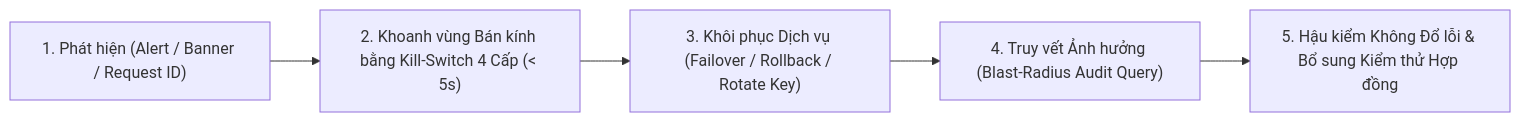
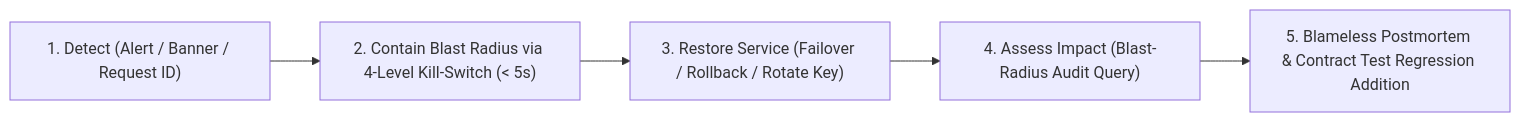
One commit to nguywnben/tanpopo changed the diagram in docs/operations/monitoring-incidents.md. Above: the diagram before and after it, drawn with Mermaid. The commit also changed other lines of this file and 111 other files, not shown here.

````diff
--- a/docs/operations/monitoring-incidents.md
+++ b/docs/operations/monitoring-incidents.md
@@ -42,7 +42,7 @@
 ```mermaid
 flowchart LR
-    D1["1. Phát hiện (Alert / Banner / Request ID)"] --> D2["2. Khoanh vùng Bán kính bằng Kill-Switch 4 Cấp (< 5s)"]
-    D2 --> D3["3. Khôi phục Dịch vụ (Failover / Rollback / Rotate Key)"]
-    D3 --> D4["4. Truy vết Ảnh hưởng (Blast-Radius Audit Query)"]
-    D4 --> D5["5. Hậu kiểm Không Đổ lỗi & Bổ sung Kiểm thử Hợp đồng"]
+    D1["1. Detect (Alert / Banner / Request ID)"] --> D2["2. Contain Blast Radius via 4-Level Kill-Switch (< 5s)"]
+    D2 --> D3["3. Restore Service (Failover / Rollback / Rotate Key)"]
+    D3 --> D4["4. Assess Impact (Blast-Radius Audit Query)"]
+    D4 --> D5["5. Blameless Postmortem & Contract Test Regression Addition"]
 ```
````
